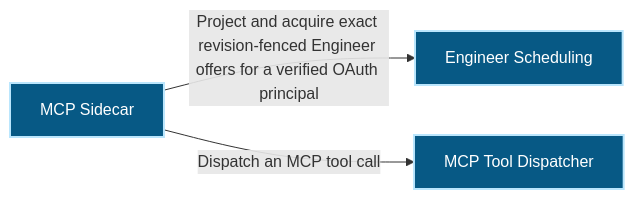
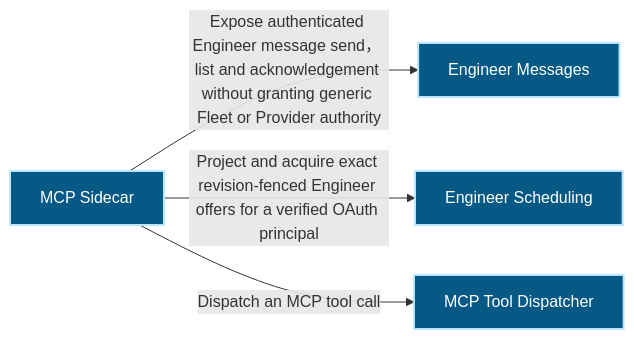
One commit to Ancienttwo/repo-harness changed the first of 4 diagrams in docs/architecture/modules/runtime-harness/mcp-sidecar.md. Above: the diagram before and after it, drawn with Mermaid. The commit also changed other lines of this file and 38 other files, not shown here.

````diff
--- a/docs/architecture/modules/runtime-harness/mcp-sidecar.md
+++ b/docs/architecture/modules/runtime-harness/mcp-sidecar.md
@@ -15,12 +15,14 @@
 ```mermaid
 flowchart LR
+  p1_capability_runtime_harness_engineer_messages_f10d1d17["Engineer Messages"]:::component
   p1_capability_runtime_harness_engineer_scheduling_022bd8e0["Engineer Scheduling"]:::component
   p1_capability_runtime_harness_mcp_sidecar_4e12aaf3["MCP Sidecar"]:::component
   p1_component_mcp_sidecar_primary_8f9b418c["MCP Tool Dispatcher"]:::component
+  p1_capability_runtime_harness_mcp_sidecar_4e12aaf3 -->|"Expose authenticated Engineer message send， list and acknowledgement without granting generic Fleet or Provider authority"| p1_capability_runtime_harness_engineer_messages_f10d1d17
   p1_capability_runtime_harness_mcp_sidecar_4e12aaf3 -->|"Project and acquire exact revision-fenced Engineer offers for a verified OAuth principal"| p1_capability_runtime_harness_engineer_scheduling_022bd8e0
   p1_capability_runtime_harness_mcp_sidecar_4e12aaf3 -->|"Dispatch an MCP tool call"| p1_component_mcp_sidecar_primary_8f9b418c
   classDef actor fill:#111827,color:#ffffff,stroke:#f9fafb,stroke-width:2px
   classDef component fill:#075985,color:#ffffff,stroke:#bae6fd,stroke-width:2px
   classDef datastore fill:#3f6212,color:#ffffff,stroke:#d9f99d,stroke-width:2px
   classDef external fill:#7c2d12,color:#ffffff,stroke:#fed7aa,stroke-width:2px
 ```
````
